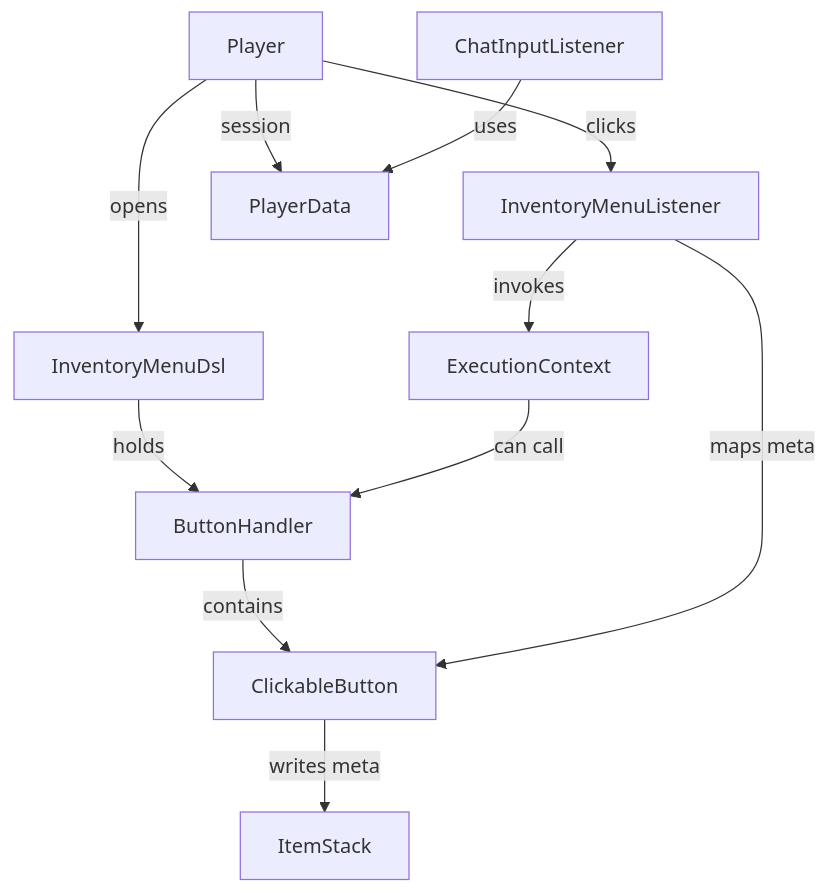
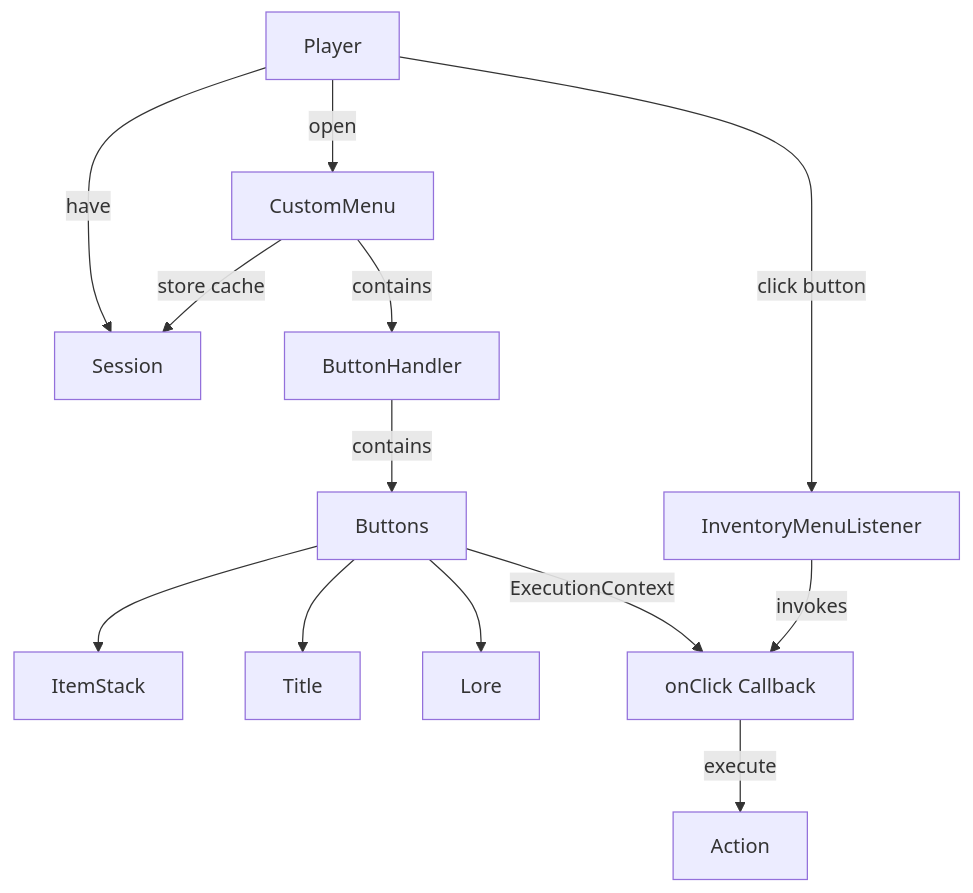
The diagram in docs/architecture.md (TrainingBear/jaksara-inventory), drawn with Mermaid before and after one commit. The commit also changed other lines of this file and 1 other file, not shown here.

````diff
--- a/docs/architecture.md
+++ b/docs/architecture.md
@@ -13,13 +13,15 @@
 ```mermaid
 graph TD
-  Player -- opens --> Menu[InventoryMenuDsl]
-  Menu -- holds --> ButtonHandler
-  ButtonHandler -- contains --> ClickableButton
-  ClickableButton -- writes meta --> Item[ItemStack]
-  Player -- clicks --> Listener[InventoryMenuListener]
-  Listener -- maps meta --> ClickableButton
-  Listener -- invokes --> ExecutionContext
-  ExecutionContext -- can call --> ButtonHandler
-  Player -- session --> PlayerData
-  ChatInputListener -- uses --> PlayerData
+    Player -- open --> Menu[CustomMenu]
+    Player -- click button --> Listener[InventoryMenuListener]
+    Player -- have --> session[Session]
+    Menu -- store cache --> session
+    Menu -- contains --> ButtonHandler
+    ButtonHandler -- contains --> buttons[Buttons]
+    buttons  --> Item[ItemStack]
+    buttons  --> title[Title]
+    buttons  --> lore[Lore]
+    buttons -- ExecutionContext --> executor[onClick Callback]
+    Listener -- invokes --> executor
+    executor -- execute --> Action
 ```
````
